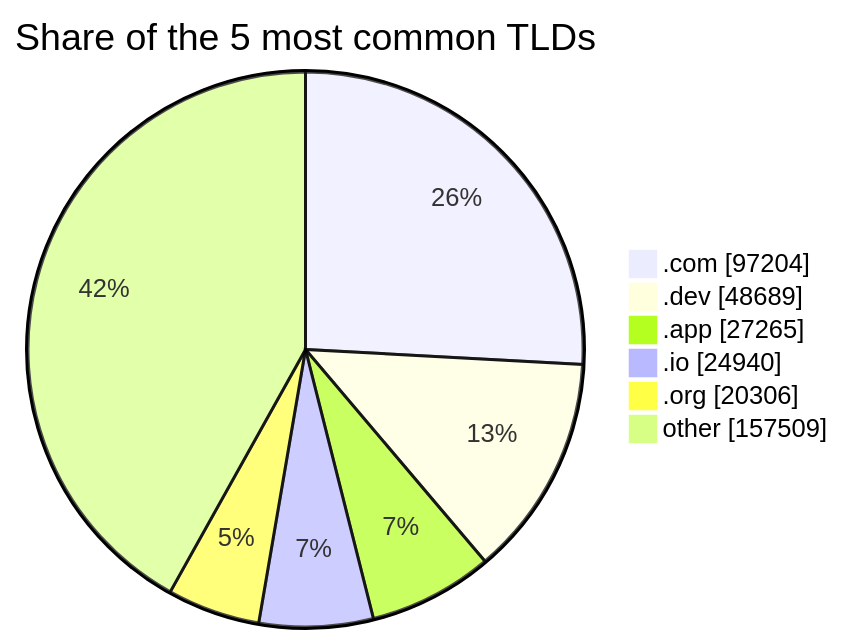
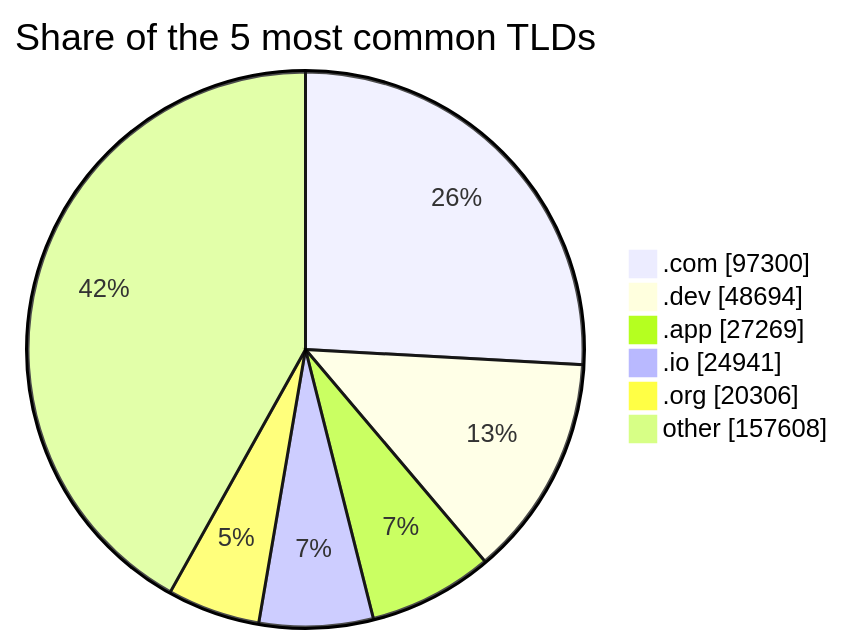
One commit to DNSBunker/CTI changed the third of 3 diagrams in README.md. Above: the diagram before and after it, drawn with Mermaid. The commit also changed other lines of this file and 3 other files, not shown here.

````diff
--- a/README.md
+++ b/README.md
@@ -81,9 +81,9 @@
 ```mermaid
 pie showData title Share of the 5 most common TLDs
-    ".com" : 97204
-    ".dev" : 48689
-    ".app" : 27265
-    ".io" : 24940
+    ".com" : 97300
+    ".dev" : 48694
+    ".app" : 27269
+    ".io" : 24941
     ".org" : 20306
-    "other" : 157509
+    "other" : 157608
 ```
````
